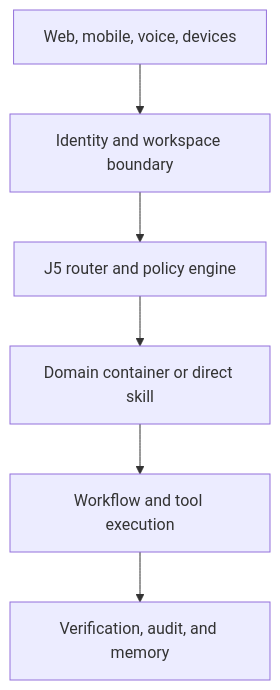
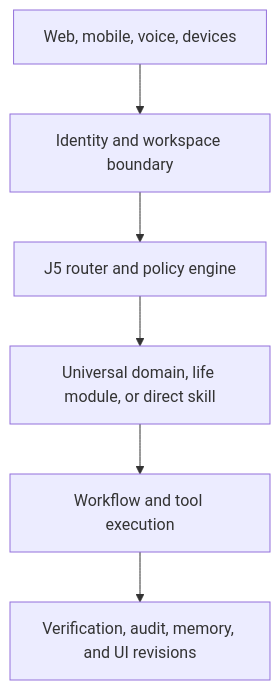
The first of 2 diagrams in docs/architecture/01-target-architecture.md (GiovaniOliver/j5-PA-Public-App), drawn with Mermaid before and after one commit. The commit also changed other lines of this file, not shown here.

Commit message:
docs: integrate life model and UI composition

````diff
--- a/docs/architecture/01-target-architecture.md
+++ b/docs/architecture/01-target-architecture.md
@@ -9,8 +9,8 @@
 ```mermaid
 flowchart TD
     A["Web, mobile, voice, devices"] --> B["Identity and workspace boundary"]
     B --> C["J5 router and policy engine"]
-    C --> D["Domain container or direct skill"]
+    C --> D["Universal domain, life module, or direct skill"]
     D --> E["Workflow and tool execution"]
-    E --> F["Verification, audit, and memory"]
+    E --> F["Verification, audit, memory, and UI revisions"]
 ```
````
